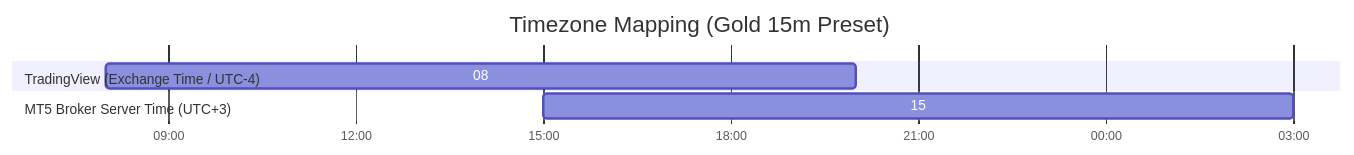
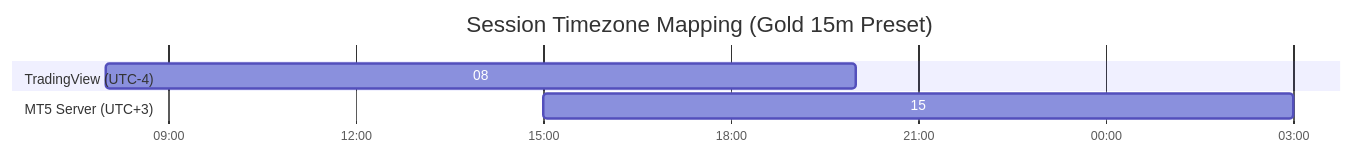
One commit to jzd101/breakout-follow-101 changed the second of 2 diagrams in README.md. Above: the diagram before and after it, drawn with Mermaid. The commit also changed other lines of this file, not shown here.

````diff
--- a/README.md
+++ b/README.md
@@ -167,10 +186,10 @@
 ```mermaid
 gantt
-    title Timezone Mapping (Gold 15m Preset)
+    title Session Timezone Mapping (Gold 15m Preset)
     dateFormat YYYY-MM-DD HH:mm
     axisFormat %H:00
-    section TradingView (Exchange Time / UTC-4)
+    section TradingView (UTC-4)
     08:00 - 20:00 :active, 2026-01-01 08:00, 2026-01-01 20:00
-    section MT5 Broker Server Time (UTC+3)
+    section MT5 Server (UTC+3)
     15:00 - 03:00 :crit, 2026-01-01 15:00, 2026-01-02 03:00
 ```
````
